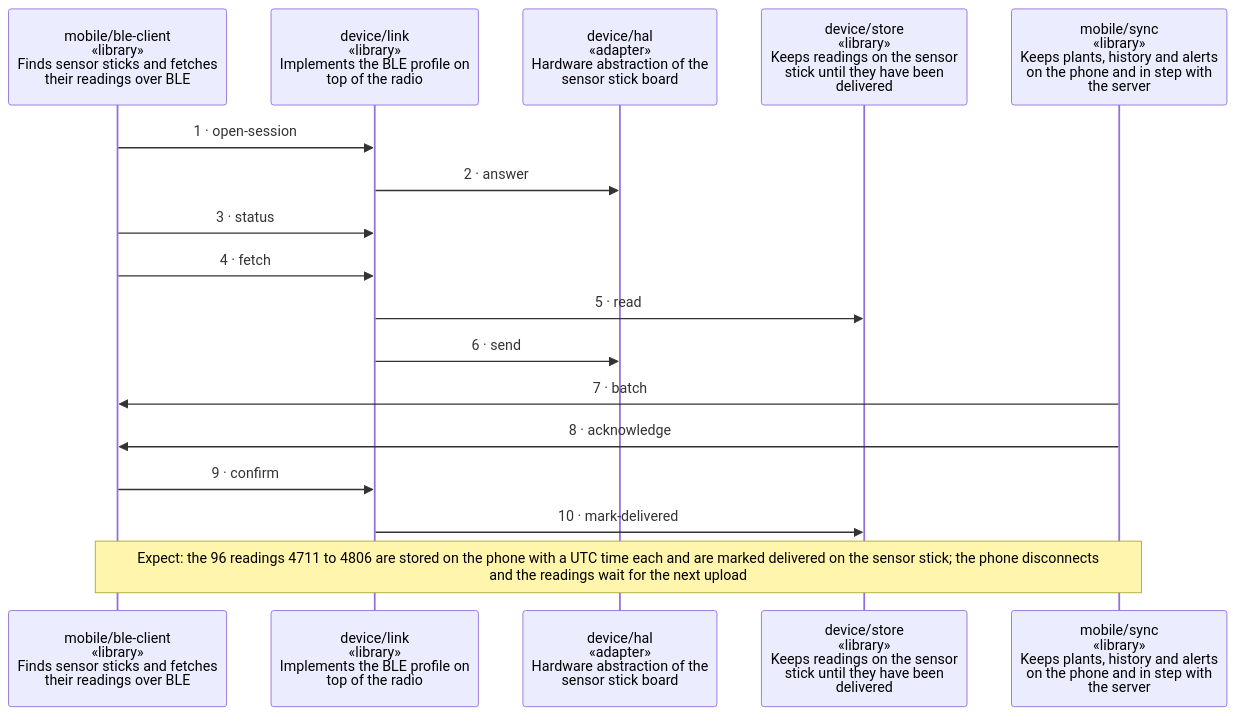
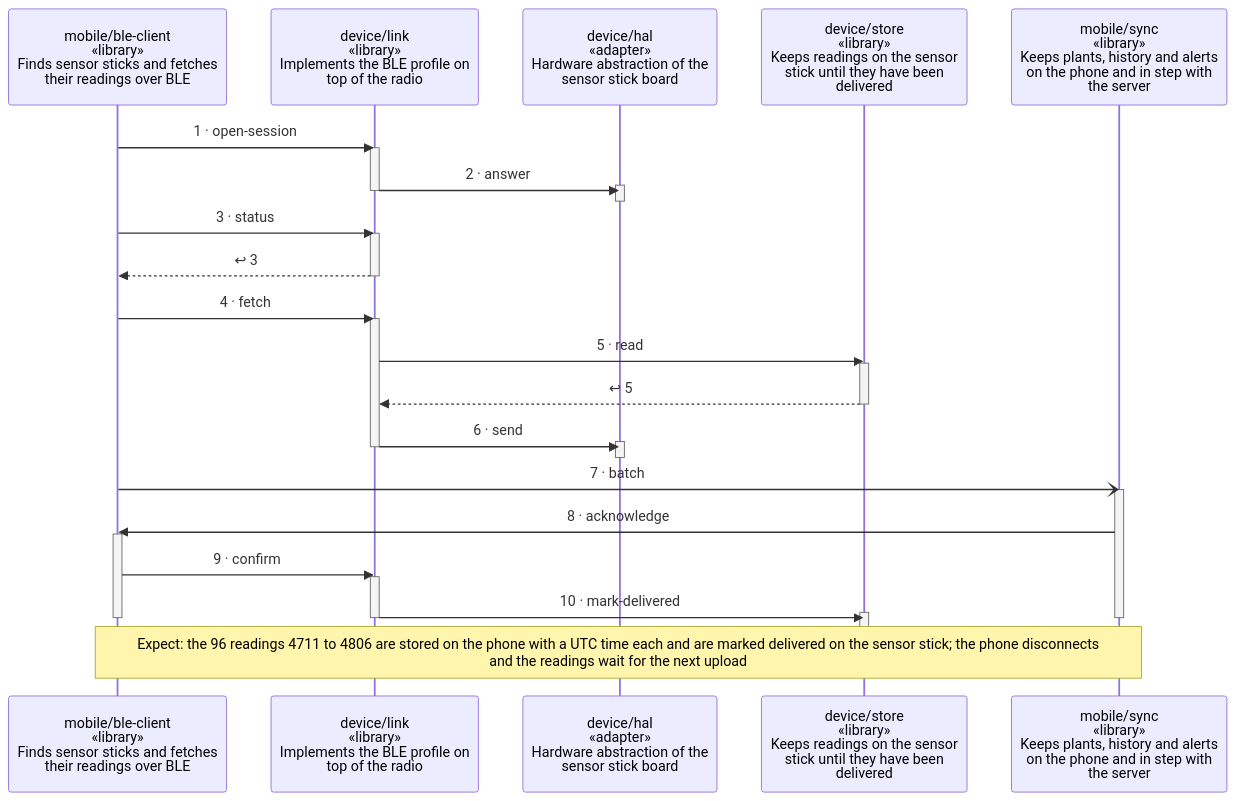
The diagram in examples/plantwatch/docs/diagrams/scenario-fetch-readings.md (wackazong/unifold), drawn with Mermaid before and after one commit. The commit also changed other lines of this file and 25 other files, not shown here.

````diff
--- a/examples/plantwatch/docs/diagrams/scenario-fetch-readings.md
+++ b/examples/plantwatch/docs/diagrams/scenario-fetch-readings.md
@@ -12,24 +12,46 @@
 ```mermaid
 ---
 config:
   sequence:
     height: 108
 ---
 sequenceDiagram
   participant pmobile__ble_dclient as mobile/ble-client<br/>«library»<br/>Finds sensor sticks and fetches<br/>their readings over BLE
   participant pdevice__link as device/link<br/>«library»<br/>Implements the BLE profile on<br/>top of the radio
   participant pdevice__hal as device/hal<br/>«adapter»<br/>Hardware abstraction of the<br/>sensor stick board
   participant pdevice__store as device/store<br/>«library»<br/>Keeps readings on the sensor<br/>stick until they have been<br/>delivered
   participant pmobile__sync as mobile/sync<br/>«library»<br/>Keeps plants, history and alerts<br/>on the phone and in step with<br/>the server
   pmobile__ble_dclient->>pdevice__link: 1 · open-session
+  activate pdevice__link
   pdevice__link->>pdevice__hal: 2 · answer
+  activate pdevice__hal
+  deactivate pdevice__hal
+  deactivate pdevice__link
   pmobile__ble_dclient->>pdevice__link: 3 · status
+  activate pdevice__link
+  pdevice__link-->>pmobile__ble_dclient: ↩ 3
+  deactivate pdevice__link
   pmobile__ble_dclient->>pdevice__link: 4 · fetch
+  activate pdevice__link
   pdevice__link->>pdevice__store: 5 · read
+  activate pdevice__store
+  pdevice__store-->>pdevice__link: ↩ 5
+  deactivate pdevice__store
   pdevice__link->>pdevice__hal: 6 · send
-  pmobile__sync->>pmobile__ble_dclient: 7 · batch
+  activate pdevice__hal
+  deactivate pdevice__hal
+  deactivate pdevice__link
+  pmobile__ble_dclient-)pmobile__sync: 7 · batch
+  activate pmobile__sync
   pmobile__sync->>pmobile__ble_dclient: 8 · acknowledge
+  activate pmobile__ble_dclient
   pmobile__ble_dclient->>pdevice__link: 9 · confirm
+  activate pdevice__link
   pdevice__link->>pdevice__store: 10 · mark-delivered
+  activate pdevice__store
+  deactivate pdevice__store
+  deactivate pdevice__link
+  deactivate pmobile__ble_dclient
+  deactivate pmobile__sync
   Note over pmobile__ble_dclient,pmobile__sync: wrap: Expect: the 96 readings 4711 to 4806 are stored on the phone with a UTC time each and are marked delivered on the sensor stick#59; the phone disconnects and the readings wait for the next upload
 ```
````
